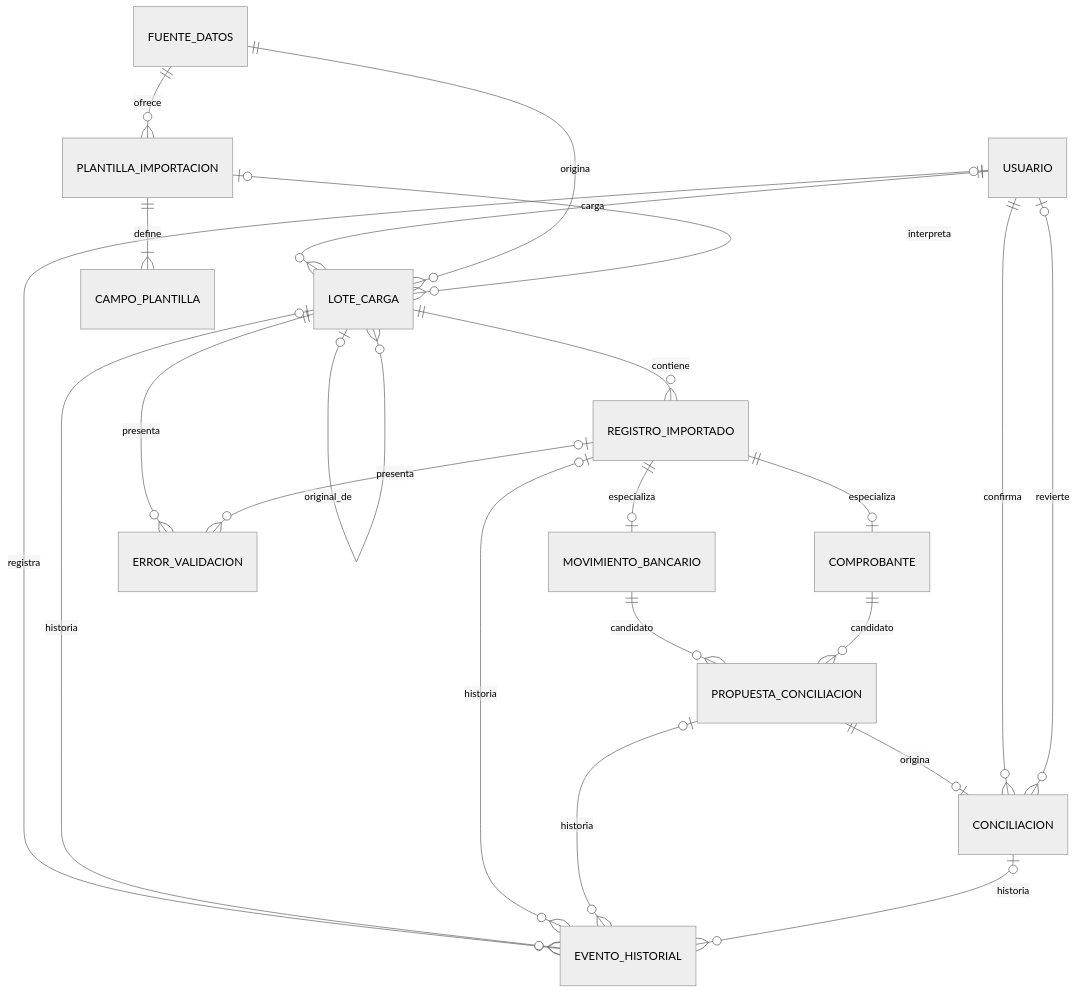
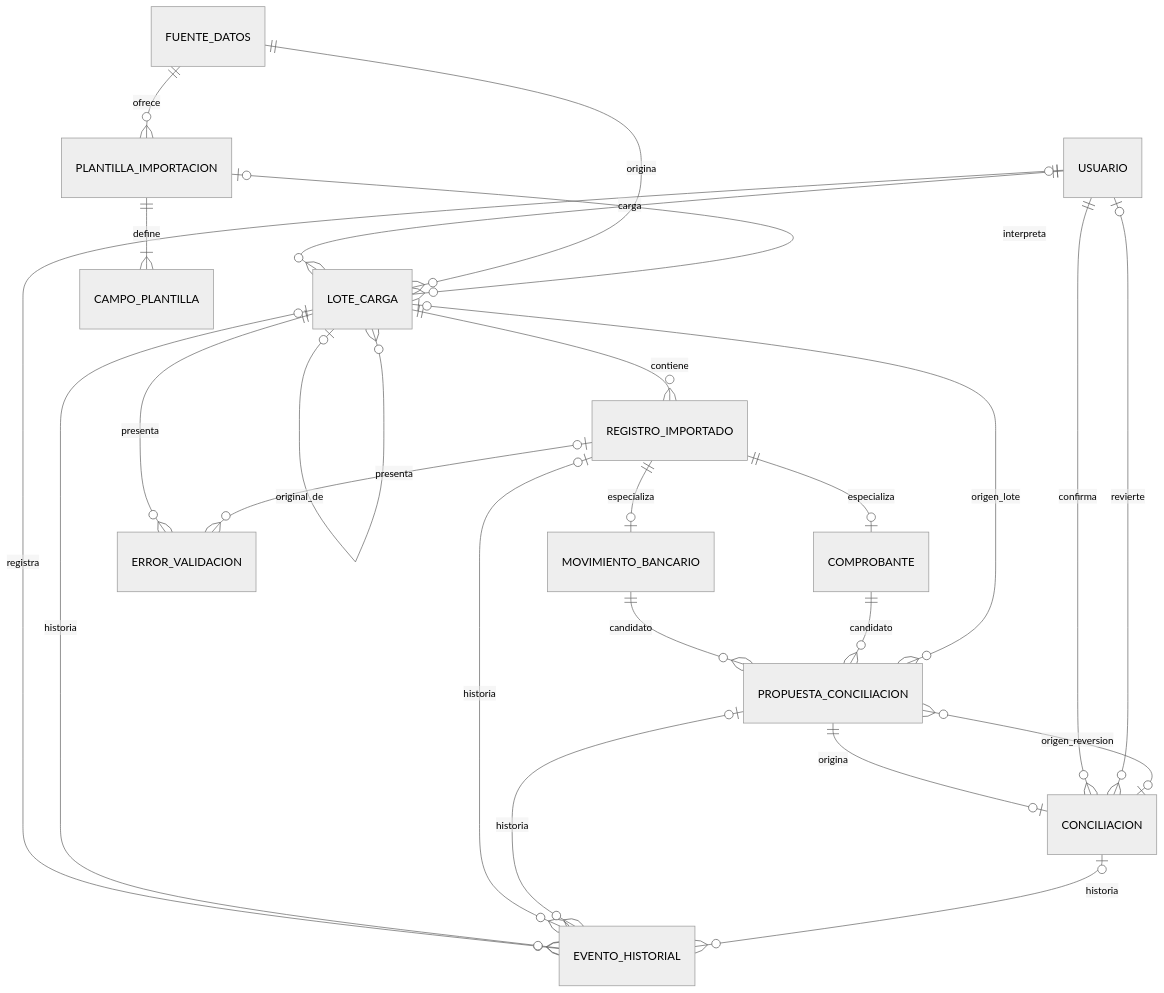
Before and after one commit to turkaym/conciliador-financiero: the fifth of 8 diagrams in docs/segunda-entrega/06-diagramas.md, drawn with Mermaid (neutral theme). The commit also changed other lines of this file and 33 other files, not shown here.

````diff
--- a/docs/segunda-entrega/06-diagramas.md
+++ b/docs/segunda-entrega/06-diagramas.md
@@ -124,24 +126,26 @@
 ```mermaid
 erDiagram
  USUARIO ||--o{ LOTE_CARGA : carga
  FUENTE_DATOS ||--o{ PLANTILLA_IMPORTACION : ofrece
  FUENTE_DATOS ||--o{ LOTE_CARGA : origina
  PLANTILLA_IMPORTACION ||--|{ CAMPO_PLANTILLA : define
  PLANTILLA_IMPORTACION o|--o{ LOTE_CARGA : interpreta
  LOTE_CARGA o|--o{ LOTE_CARGA : original_de
  LOTE_CARGA ||--o{ REGISTRO_IMPORTADO : contiene
  REGISTRO_IMPORTADO ||--o| MOVIMIENTO_BANCARIO : especializa
  REGISTRO_IMPORTADO ||--o| COMPROBANTE : especializa
  LOTE_CARGA ||--o{ ERROR_VALIDACION : presenta
  REGISTRO_IMPORTADO o|--o{ ERROR_VALIDACION : presenta
  MOVIMIENTO_BANCARIO ||--o{ PROPUESTA_CONCILIACION : candidato
  COMPROBANTE ||--o{ PROPUESTA_CONCILIACION : candidato
+ LOTE_CARGA o|--o{ PROPUESTA_CONCILIACION : origen_lote
+ CONCILIACION o|--o{ PROPUESTA_CONCILIACION : origen_reversion
  PROPUESTA_CONCILIACION ||--o| CONCILIACION : origina
   USUARIO ||--o{ CONCILIACION : confirma
   USUARIO o|--o{ CONCILIACION : revierte
   USUARIO o|--o{ EVENTO_HISTORIAL : registra
  LOTE_CARGA o|--o{ EVENTO_HISTORIAL : historia
  REGISTRO_IMPORTADO o|--o{ EVENTO_HISTORIAL : historia
  PROPUESTA_CONCILIACION o|--o{ EVENTO_HISTORIAL : historia
  CONCILIACION o|--o{ EVENTO_HISTORIAL : historia
 ```
````
